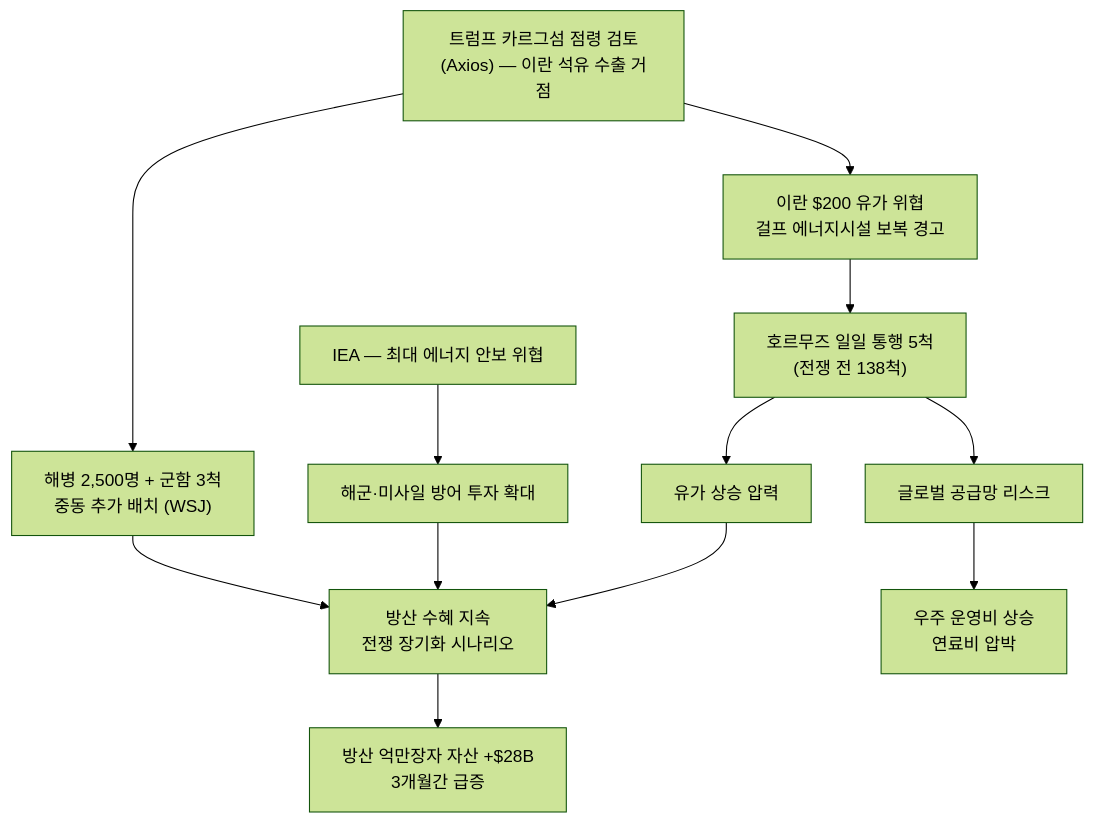
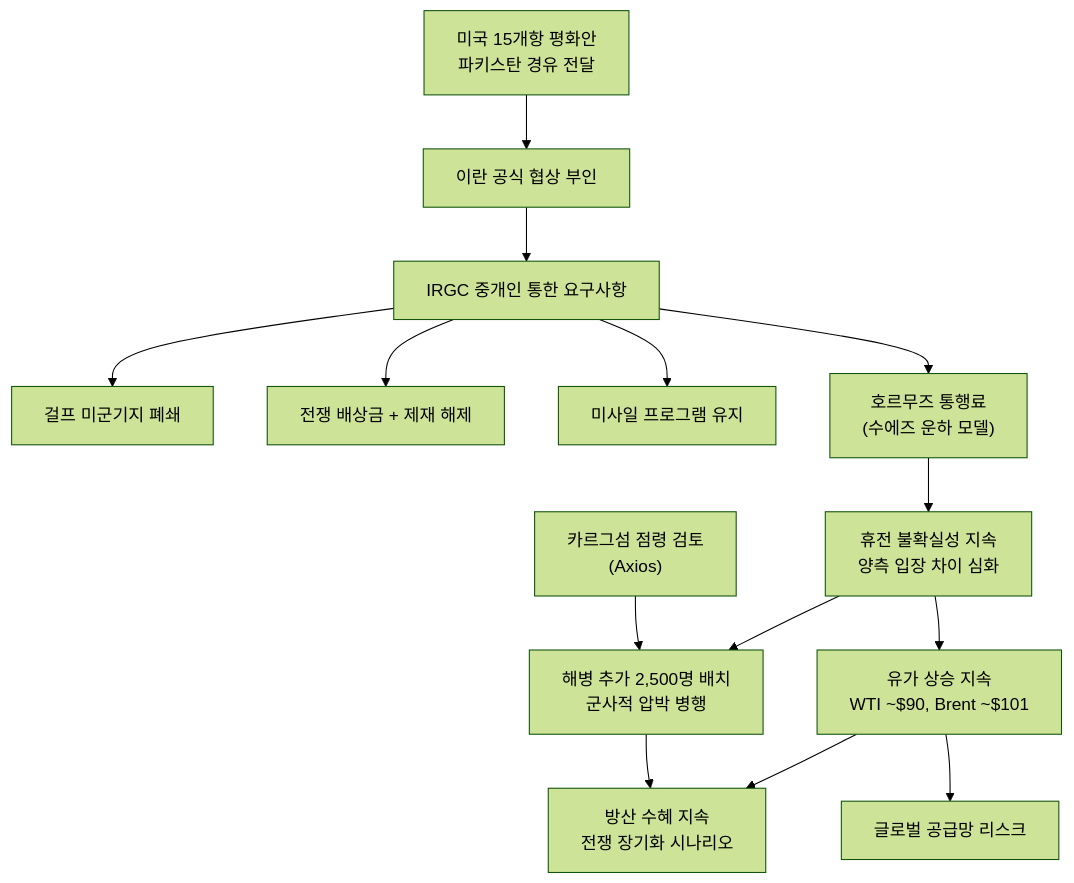
The sixth of 7 diagrams in _posts/knowledge/invest/2026-03-07-defense-space-sector-outlook-2026.md (dss99911/dss99911.github.io), drawn with Mermaid (forest theme) before and after one commit. The commit also changed other lines of this file and 2 other files, not shown here.

Commit message:
투자 데일리 트랙킹 3/26: TurboQuant, SK하이닉스 ADR, 이란 15개조 평화안, JPM 금 $6,300

````diff
--- a/_posts/knowledge/invest/2026-03-07-defense-space-sector-outlook-2026.md
+++ b/_posts/knowledge/invest/2026-03-07-defense-space-sector-outlook-2026.md
@@ -331,18 +364,19 @@
 ```mermaid
 graph TD
-    A["트럼프 카르그섬 점령 검토<br/>(Axios) — 이란 석유 수출 거점"] --> B["해병 2,500명 + 군함 3척<br/>중동 추가 배치 (WSJ)"]
-    A --> C["이란 $200 유가 위협<br/>걸프 에너지시설 보복 경고"]
+    A["미국 15개항 평화안<br/>파키스탄 경유 전달"] --> B["이란 공식 협상 부인"]
+    B --> C["IRGC 중개인 통한 요구사항"]
+    C --> C1["걸프 미군기지 폐쇄"]
+    C --> C2["전쟁 배상금 + 제재 해제"]
+    C --> C3["미사일 프로그램 유지"]
+    C --> C4["호르무즈 통행료<br/>#40;수에즈 운하 모델#41;"]
 
-    C --> D["호르무즈 일일 통행 5척<br/>(전쟁 전 138척)"]
-    D --> E["유가 상승 압력"]
-    D --> F["글로벌 공급망 리스크"]
+    C4 --> D["휴전 불확실성 지속<br/>양측 입장 차이 심화"]
+    D --> E["유가 상승 지속<br/>WTI ~$90, Brent ~$101"]
+    D --> F["해병 추가 2,500명 배치<br/>군사적 압박 병행"]
 
-    G["IEA — 최대 에너지 안보 위협"] --> H["해군·미사일 방어 투자 확대"]
-    H --> I["방산 수혜 지속<br/>전쟁 장기화 시나리오"]
+    G["카르그섬 점령 검토<br/>#40;Axios#41;"] --> F
 
-    E --> I
-    F --> J["우주 운영비 상승<br/>연료비 압박"]
-    B --> I
-
-    I --> K["방산 억만장자 자산 +$28B<br/>3개월간 급증"]
+    E --> H["방산 수혜 지속<br/>전쟁 장기화 시나리오"]
+    F --> H
+    E --> I["글로벌 공급망 리스크"]
 ```
````
